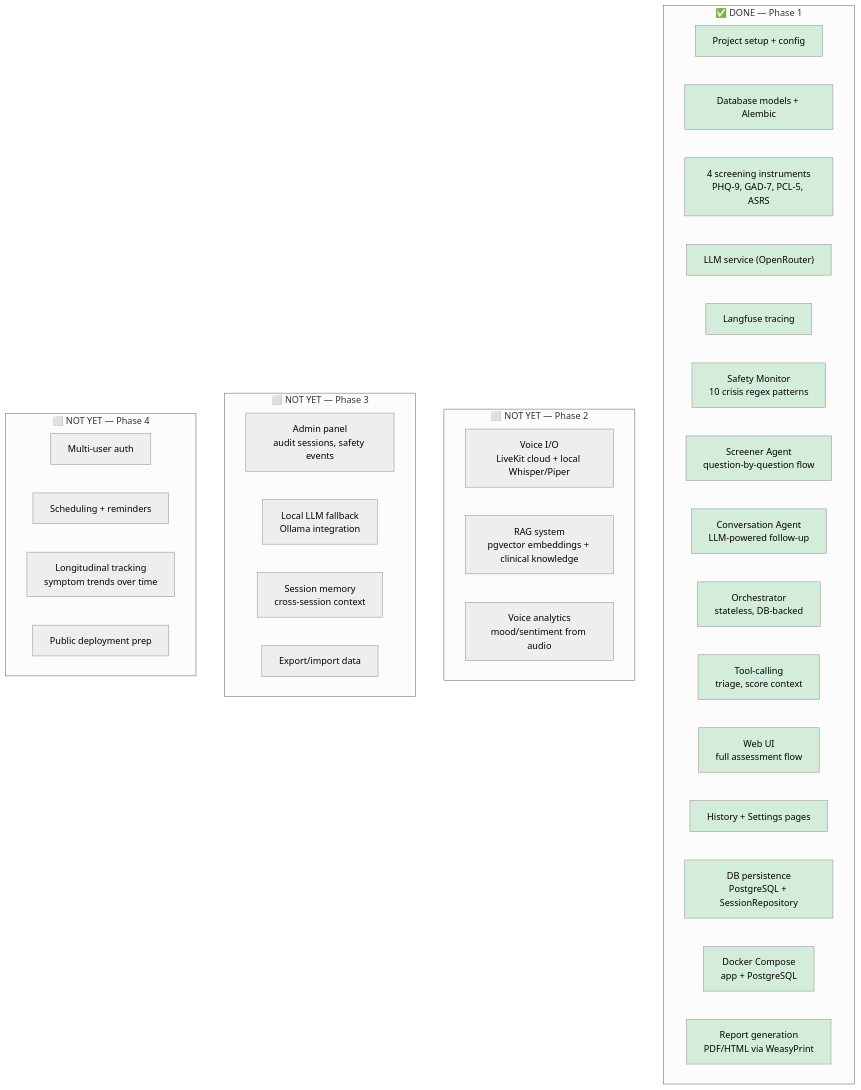
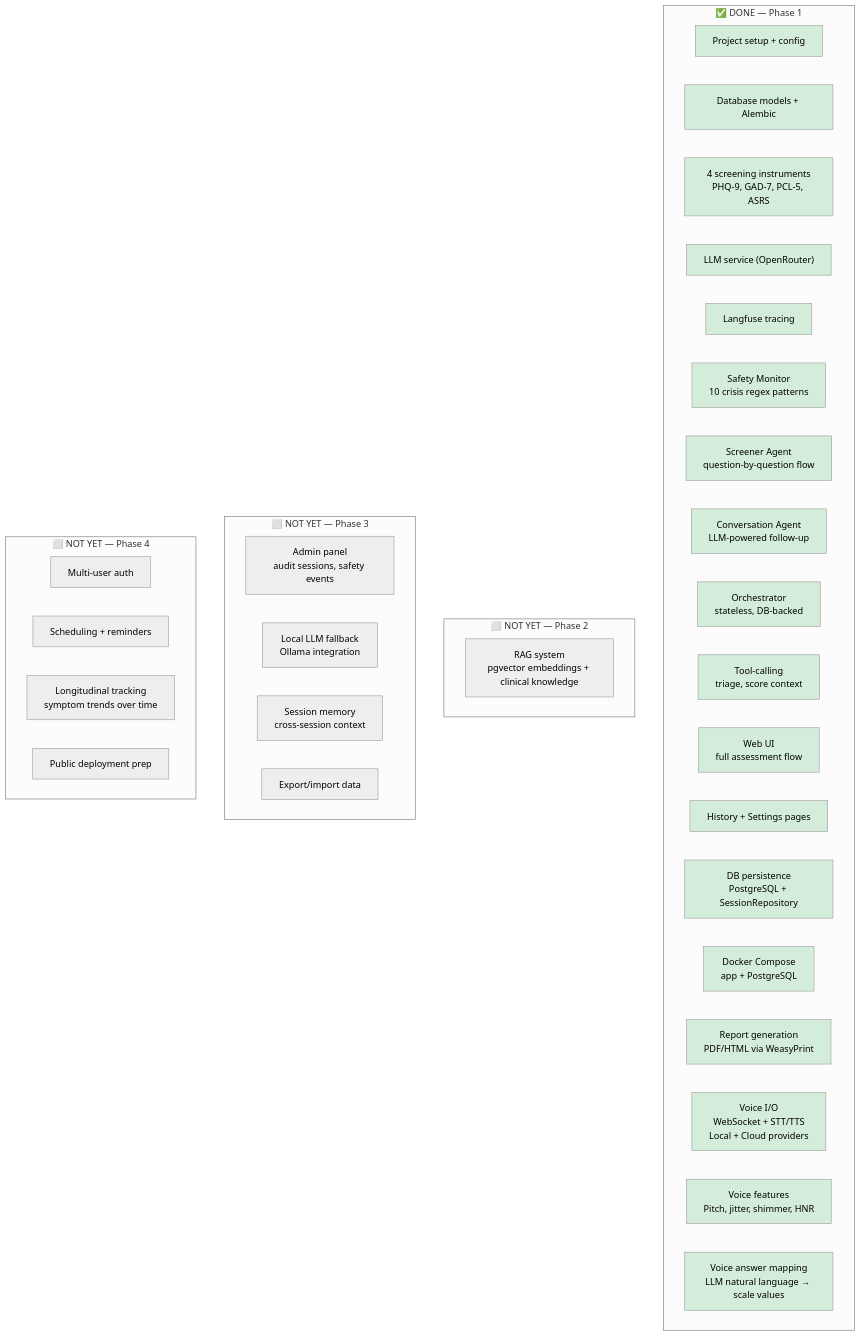
Before and after one commit to bodharma/talker: the sixth of 11 diagrams in docs/architecture.md, drawn with Mermaid (neutral theme). The commit also changed other lines of this file, not shown here.

First line of the commit message:
docs: update architecture.md for completed voice I/O implementation

````diff
--- a/docs/architecture.md
+++ b/docs/architecture.md
@@ -230,56 +247,60 @@
 ```mermaid
 graph TB
     subgraph "✅ DONE — Phase 1"
         P1_1["Project setup + config"]
         P1_2["Database models + Alembic"]
         P1_3["4 screening instruments<br/>PHQ-9, GAD-7, PCL-5, ASRS"]
         P1_4["LLM service (OpenRouter)"]
         P1_5["Langfuse tracing"]
         P1_6["Safety Monitor<br/>10 crisis regex patterns"]
         P1_7["Screener Agent<br/>question-by-question flow"]
         P1_8["Conversation Agent<br/>LLM-powered follow-up"]
         P1_9["Orchestrator<br/>stateless, DB-backed"]
         P1_10["Tool-calling<br/>triage, score context"]
         P1_11["Web UI<br/>full assessment flow"]
         P1_12["History + Settings pages"]
         P1_13["DB persistence<br/>PostgreSQL + SessionRepository"]
         P1_14["Docker Compose<br/>app + PostgreSQL"]
         P1_15["Report generation<br/>PDF/HTML via WeasyPrint"]
+        P1_16["Voice I/O<br/>WebSocket + STT/TTS<br/>Local + Cloud providers"]
+        P1_17["Voice features<br/>Pitch, jitter, shimmer, HNR"]
+        P1_18["Voice answer mapping<br/>LLM natural language → scale values"]
     end
 
     subgraph "⬜ NOT YET — Phase 2"
-        P2_1["Voice I/O<br/>LiveKit cloud + local Whisper/Piper"]
         P2_2["RAG system<br/>pgvector embeddings + clinical knowledge"]
-        P2_3["Voice analytics<br/>mood/sentiment from audio"]
     end
 
     subgraph "⬜ NOT YET — Phase 3"
         P3_1["Admin panel<br/>audit sessions, safety events"]
         P3_2["Local LLM fallback<br/>Ollama integration"]
         P3_3["Session memory<br/>cross-session context"]
         P3_4["Export/import data"]
     end
 
     subgraph "⬜ NOT YET — Phase 4"
         P4_1["Multi-user auth"]
         P4_2["Scheduling + reminders"]
         P4_3["Longitudinal tracking<br/>symptom trends over time"]
         P4_4["Public deployment prep"]
     end
 
     style P1_1 fill:#d4edda
     style P1_2 fill:#d4edda
     style P1_3 fill:#d4edda
     style P1_4 fill:#d4edda
     style P1_5 fill:#d4edda
     style P1_6 fill:#d4edda
     style P1_7 fill:#d4edda
     style P1_8 fill:#d4edda
     style P1_9 fill:#d4edda
     style P1_10 fill:#d4edda
     style P1_11 fill:#d4edda
     style P1_12 fill:#d4edda
     style P1_13 fill:#d4edda
     style P1_14 fill:#d4edda
     style P1_15 fill:#d4edda
+    style P1_16 fill:#d4edda
+    style P1_17 fill:#d4edda
+    style P1_18 fill:#d4edda
 ```
````
